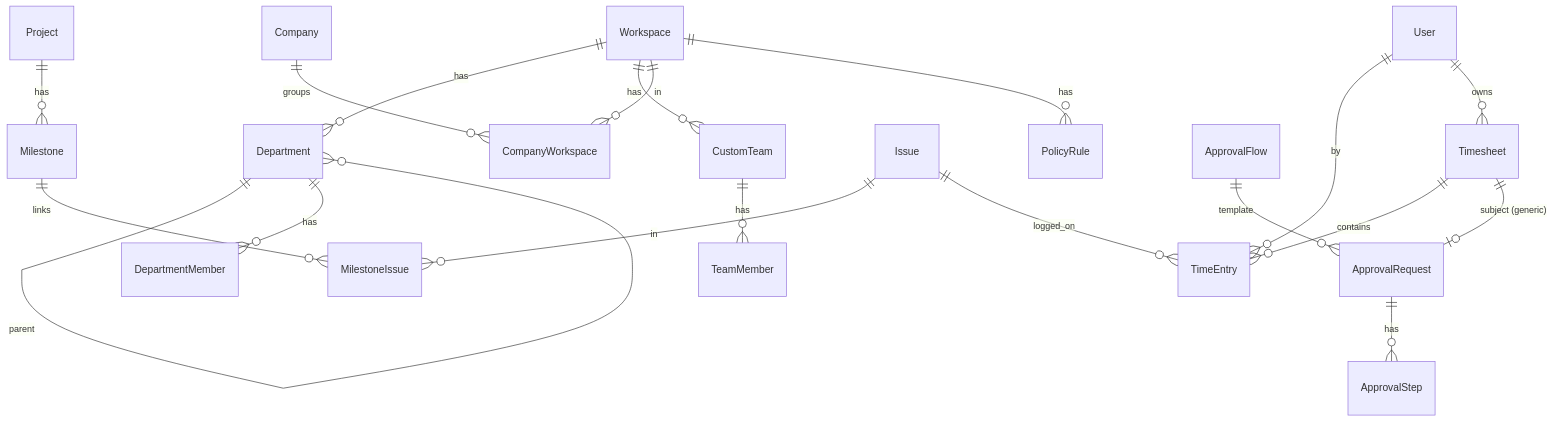
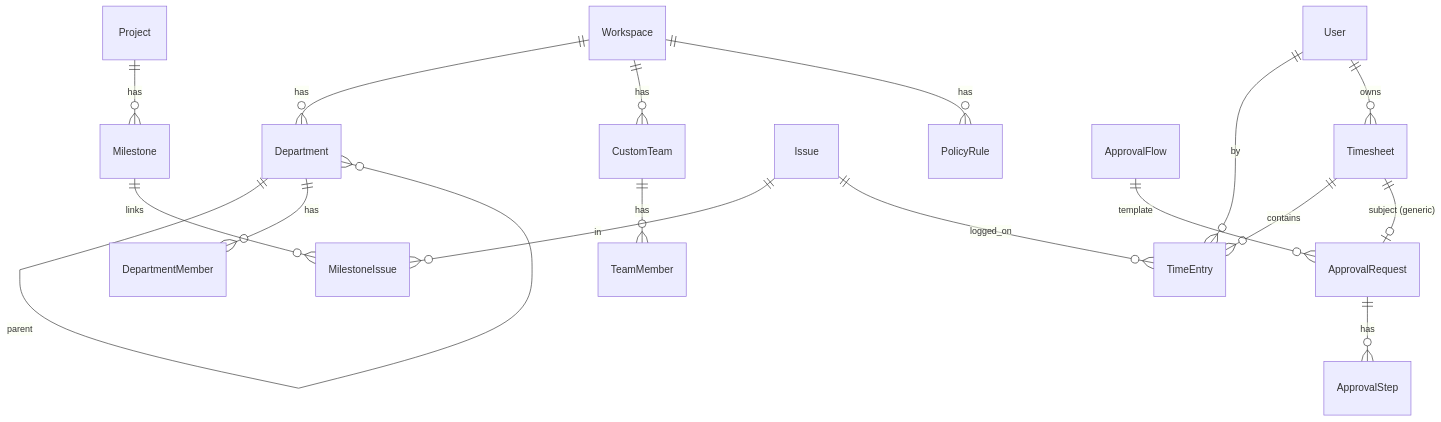
One commit to nainglinnphyo/custom-plane changed the fourth of 4 diagrams in docs/03-SYSTEM-ARCHITECTURE.md. Above: the diagram before and after it, drawn with Mermaid. The commit also changed other lines of this file and 43 other files, not shown here.

First line of the commit message:
PR 3: Remove the Company entity (a workspace is the company)

````diff
--- a/docs/03-SYSTEM-ARCHITECTURE.md
+++ b/docs/03-SYSTEM-ARCHITECTURE.md
@@ -92,21 +92,19 @@
 ```mermaid
 erDiagram
   Workspace ||--o{ Department : has
   Department ||--o{ Department : parent
   Department ||--o{ DepartmentMember : has
   Workspace ||--o{ CustomTeam : has
   CustomTeam ||--o{ TeamMember : has
-  Company ||--o{ CompanyWorkspace : groups
-  Workspace ||--o{ CompanyWorkspace : in
   Project ||--o{ Milestone : has
   Milestone ||--o{ MilestoneIssue : links
   Issue ||--o{ MilestoneIssue : in
   Issue ||--o{ TimeEntry : logged_on
   User ||--o{ TimeEntry : by
   User ||--o{ Timesheet : owns
   Timesheet ||--o{ TimeEntry : contains
   ApprovalRequest ||--o{ ApprovalStep : has
   ApprovalFlow ||--o{ ApprovalRequest : template
   Timesheet ||--o| ApprovalRequest : "subject (generic)"
   Workspace ||--o{ PolicyRule : has
 ```
````
